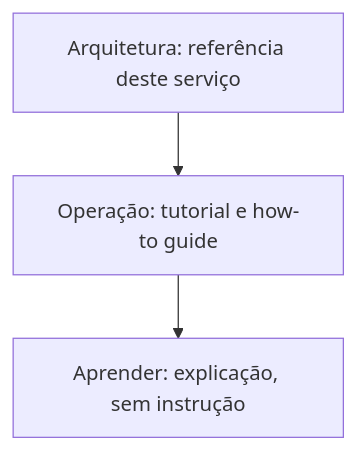
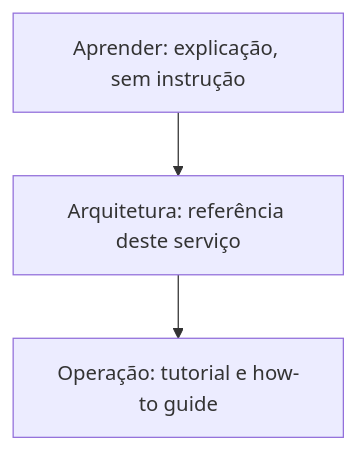
Before and after one commit to ladesa-ro/management-service: the diagram in docs/index.md, drawn with Mermaid. The commit also changed other lines of this file and 7 other files, not shown here.

````diff
--- a/docs/index.md
+++ b/docs/index.md
@@ -7,5 +7,5 @@
 ```mermaid
 flowchart TB
-    Arquitetura["Arquitetura: referência deste serviço"] --> Operacao["Operação: tutorial e how-to guide"]
-    Operacao --> Aprender["Aprender: explicação, sem instrução"]
+    Aprender["Aprender: explicação, sem instrução"] --> Arquitetura["Arquitetura: referência deste serviço"]
+    Arquitetura --> Operacao["Operação: tutorial e how-to guide"]
 ```
````
